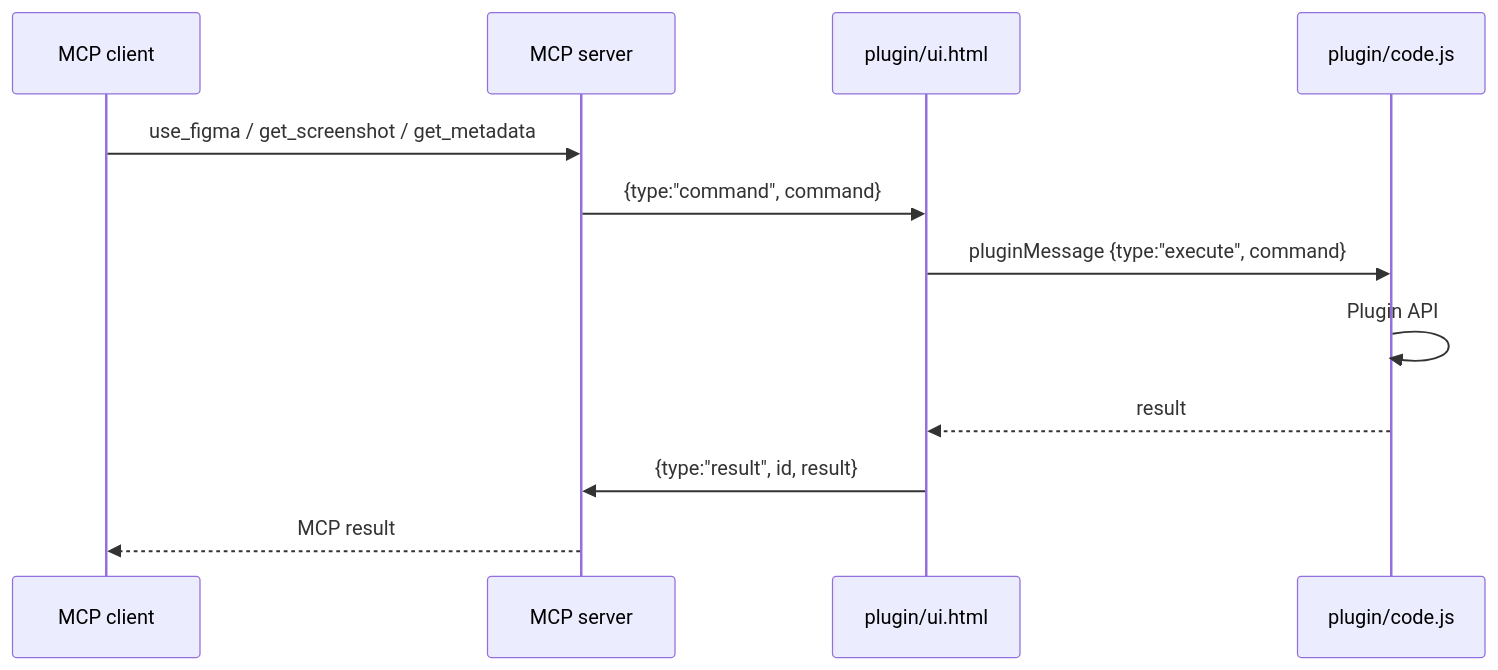
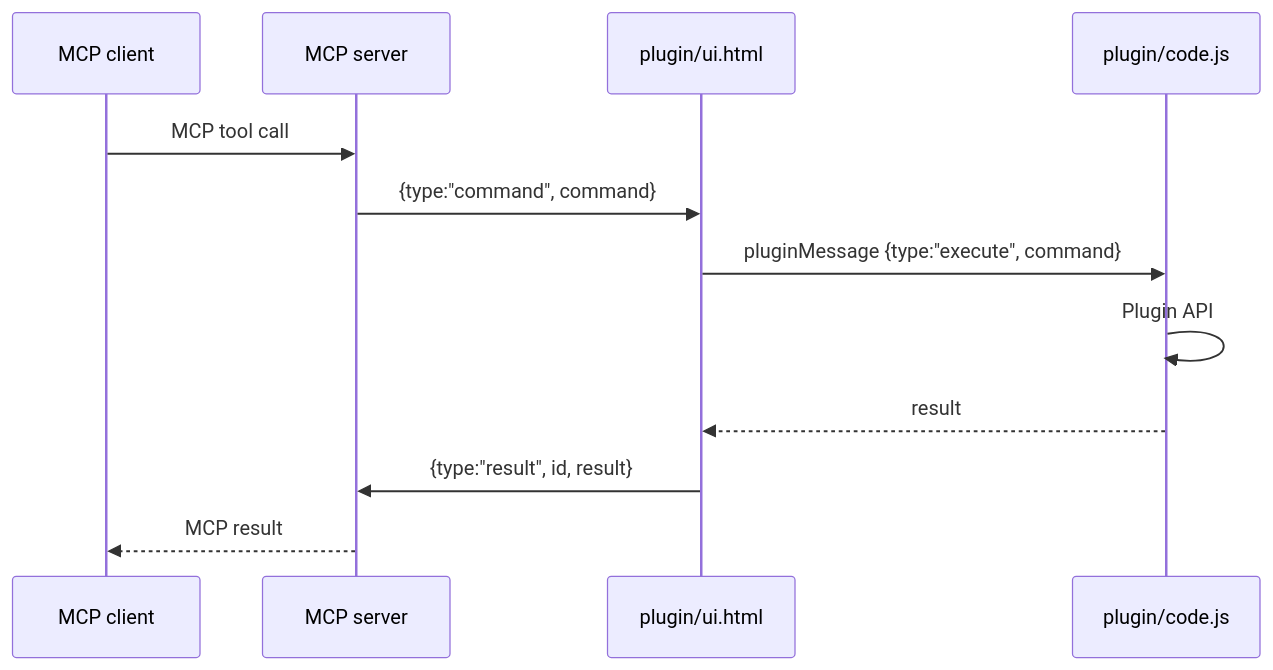
Before and after one commit to thesagrotan/figma-bridge: the diagram in docs/bridge.md, drawn with Mermaid. The commit also changed other lines of this file and 27 other files, not shown here.

````diff
--- a/docs/bridge.md
+++ b/docs/bridge.md
@@ -7,15 +7,15 @@
 ```mermaid
 sequenceDiagram
     participant C as MCP client
     participant S as MCP server
     participant U as plugin/ui.html
     participant F as plugin/code.js
 
-    C->>S: use_figma / get_screenshot / get_metadata
+    C->>S: MCP tool call
     S->>U: {type:"command", command}
     U->>F: pluginMessage {type:"execute", command}
     F->>F: Plugin API
     F-->>U: result
     U->>S: {type:"result", id, result}
     S-->>C: MCP result
 ```
````
